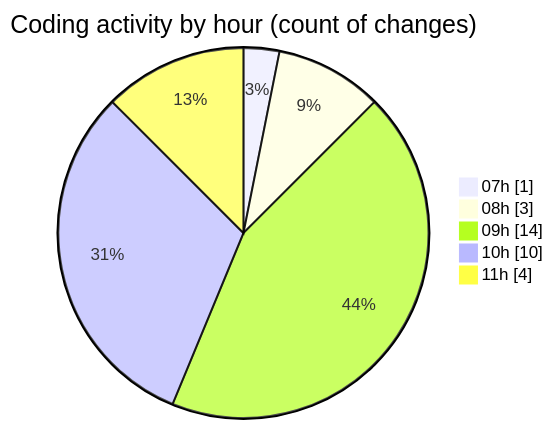
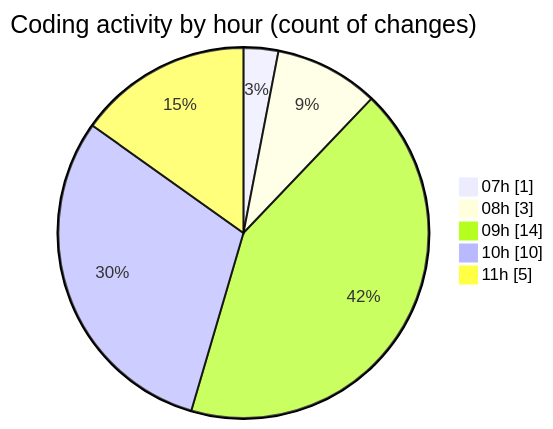
Before and after one commit to tmsrecording-cyber/code-tracking: the second of 2 diagrams in 2026-02-02/singularitybrainai/README.md, drawn with Mermaid. The commit also changed other lines of this file and 1 other file, not shown here.

````diff
--- a/2026-02-02/singularitybrainai/README.md
+++ b/2026-02-02/singularitybrainai/README.md
@@ -40,9 +40,9 @@
 ```mermaid
 pie showData
 title Coding activity by hour (count of changes)
 "07h" : 1
 "08h" : 3
 "09h" : 14
 "10h" : 10
-"11h" : 4
+"11h" : 5
 ```
````
